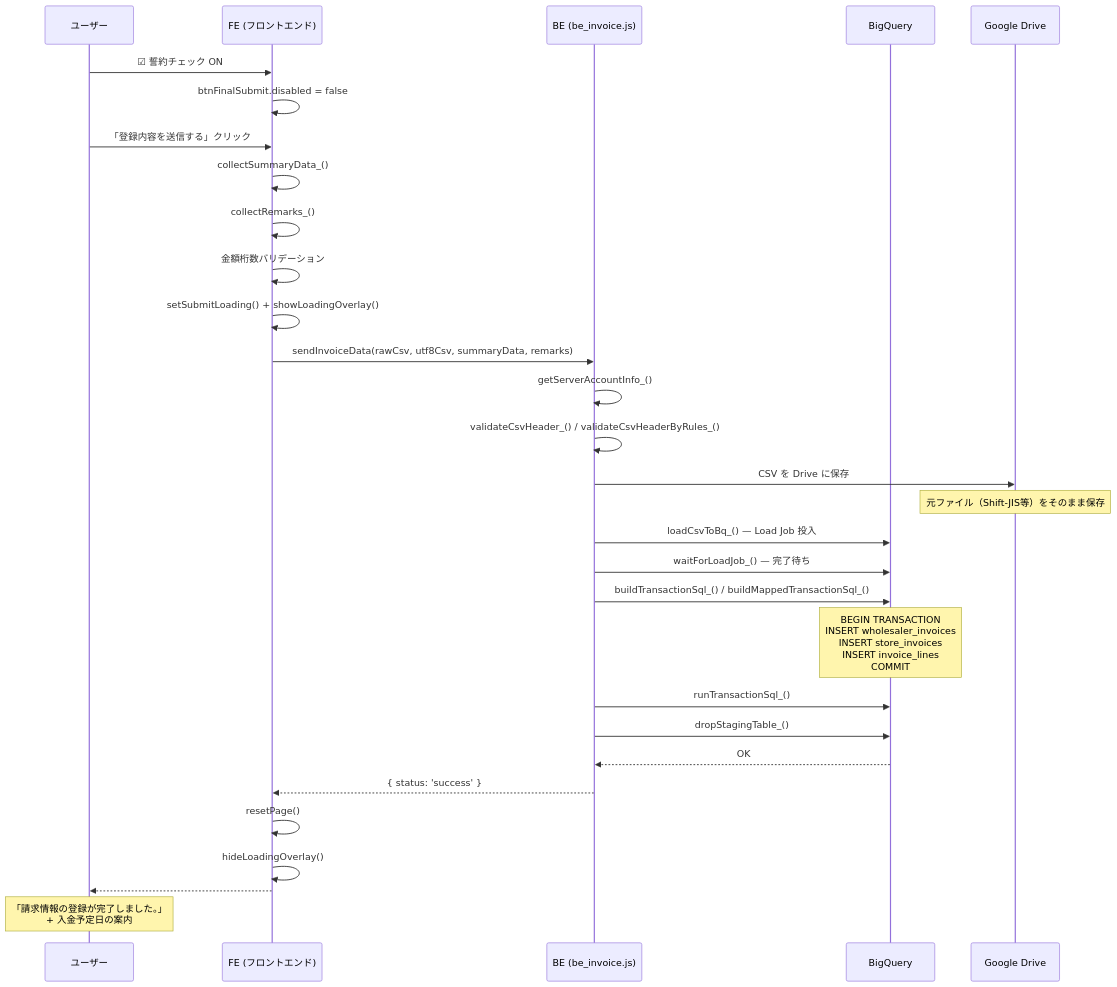
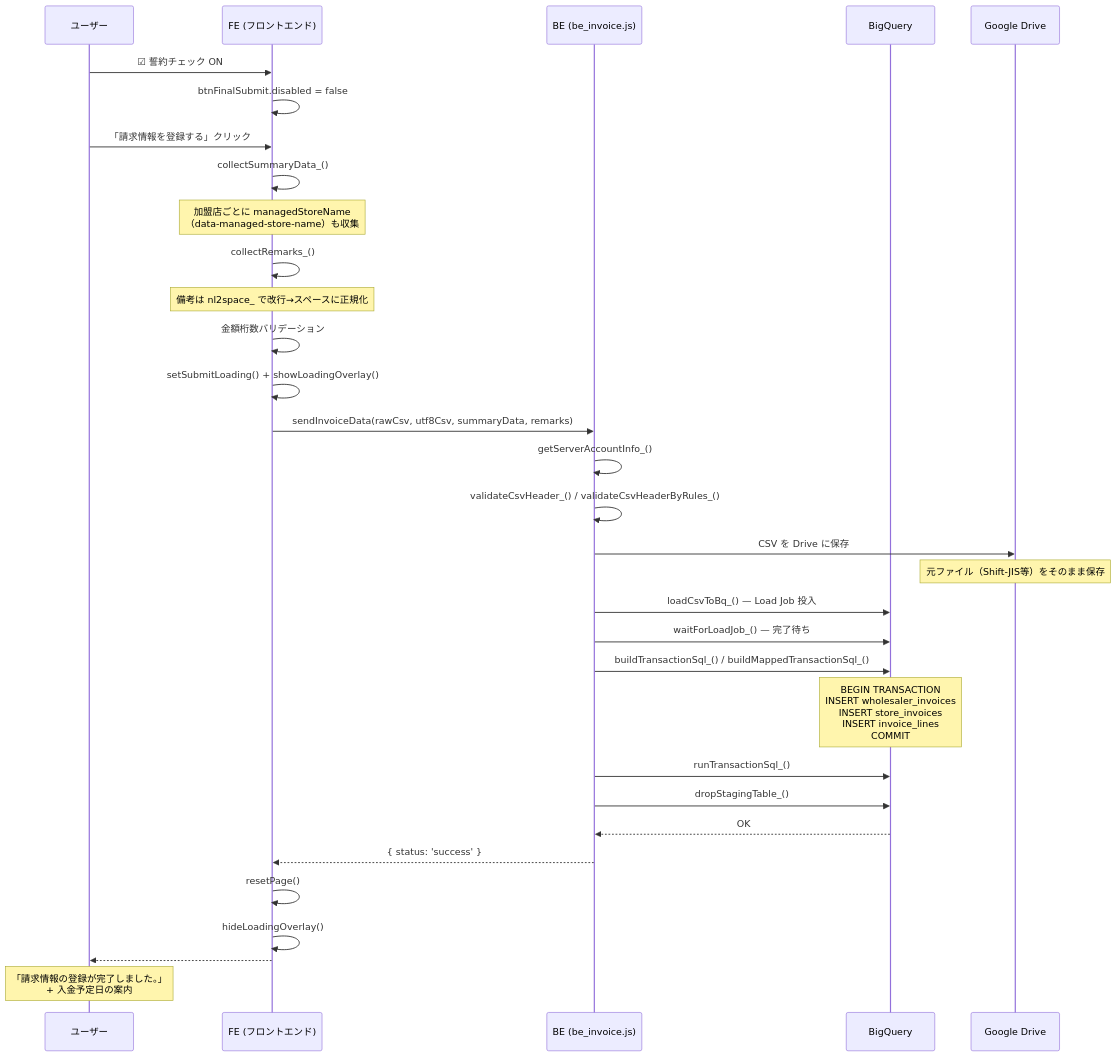
The fifth of 6 diagrams in docs/specifications/03_confirm_page.md (USEN-PAY-Products/connect-wholesale-gas-poc), drawn with Mermaid before and after one commit. The commit also changed other lines of this file and 11 other files, not shown here.

````diff
--- a/docs/specifications/03_confirm_page.md
+++ b/docs/specifications/03_confirm_page.md
@@ -201,42 +213,44 @@
 ```mermaid
 sequenceDiagram
     participant U as ユーザー
     participant FE as FE (フロントエンド)
     participant BE as BE (be_invoice.js)
     participant BQ as BigQuery
     participant GD as Google Drive
 
     U->>FE: ☑ 誓約チェック ON
     FE->>FE: btnFinalSubmit.disabled = false
 
-    U->>FE: 「登録内容を送信する」クリック
+    U->>FE: 「請求情報を登録する」クリック
     FE->>FE: collectSummaryData_()
+    Note over FE: 加盟店ごとに managedStoreName<br/>（data-managed-store-name）も収集
     FE->>FE: collectRemarks_()
+    Note over FE: 備考は nl2space_ で改行→スペースに正規化
     FE->>FE: 金額桁数バリデーション
     FE->>FE: setSubmitLoading() + showLoadingOverlay()
 
     FE->>BE: sendInvoiceData(rawCsv, utf8Csv, summaryData, remarks)
 
     BE->>BE: getServerAccountInfo_()
     BE->>BE: validateCsvHeader_() / validateCsvHeaderByRules_()
 
     BE->>GD: CSV を Drive に保存
     Note over GD: 元ファイル（Shift-JIS等）をそのまま保存
 
     BE->>BQ: loadCsvToBq_() — Load Job 投入
     BE->>BQ: waitForLoadJob_() — 完了待ち
 
     BE->>BQ: buildTransactionSql_() / buildMappedTransactionSql_()
     Note over BQ: BEGIN TRANSACTION<br/>INSERT wholesaler_invoices<br/>INSERT store_invoices<br/>INSERT invoice_lines<br/>COMMIT
 
     BE->>BQ: runTransactionSql_()
     BE->>BQ: dropStagingTable_()
 
     BQ-->>BE: OK
     BE-->>FE: { status: 'success' }
 
     FE->>FE: resetPage()
     FE->>FE: hideLoadingOverlay()
     FE-->>U: #home へ遷移 + 成功トースト
     Note over U: 「請求情報の登録が完了しました。」<br/>+ 入金予定日の案内
 ```
````
